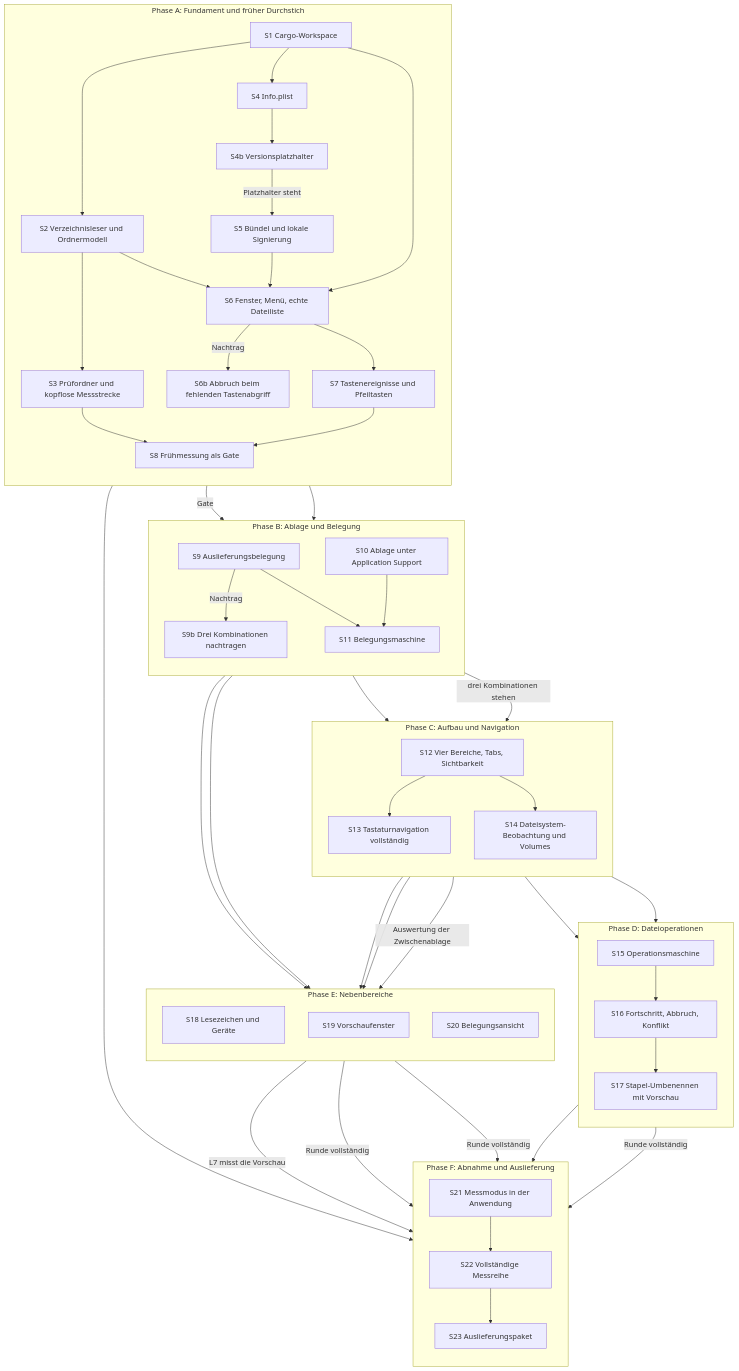
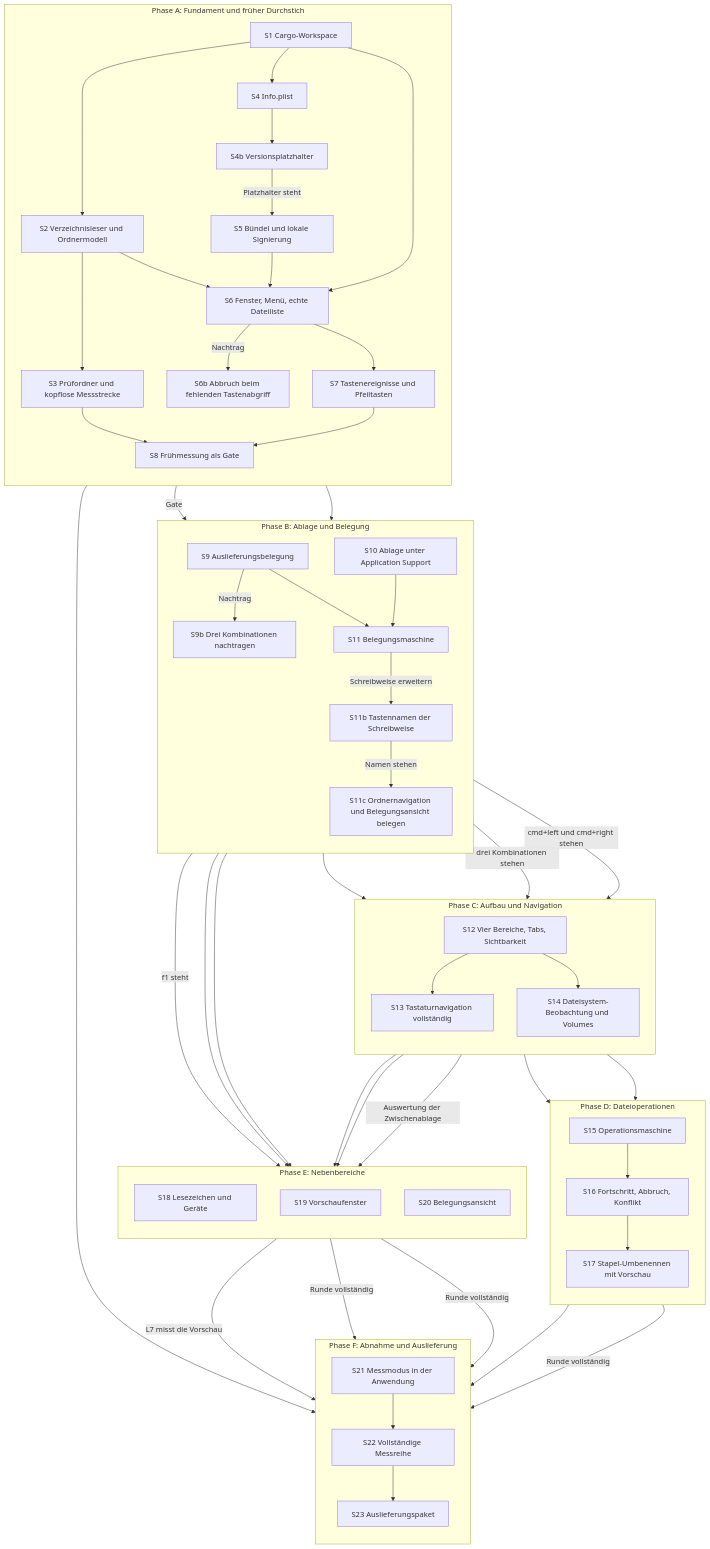
The fourth of 4 diagrams in fusion-workbench/circles/260802-0842-krk-mac-dateimanager-editor-git/planning/260802-1428_o_plan-navigator-geruest-runde-1.md (tenzoki/krk), drawn with Mermaid before and after one commit. The commit also changed other lines of this file and 6 other files, not shown here.

First line of the commit message:
docs(spec): Schreibweise lernt acht Tastennamen, Ordnernavigation neu belegt

```diff
--- a/fusion-workbench/circles/260802-0842-krk-mac-dateimanager-editor-git/planning/260802-1428_o_plan-navigator-geruest-runde-1.md
+++ b/fusion-workbench/circles/260802-0842-krk-mac-dateimanager-editor-git/planning/260802-1428_o_plan-navigator-geruest-runde-1.md
@@ -370,6 +371,8 @@
     S9B["S9b Drei Kombinationen nachtragen"]
     S10["S10 Ablage unter Application Support"]
     S11["S11 Belegungsmaschine"]
+    S11B["S11b Tastennamen der Schreibweise"]
+    S11C["S11c Ordnernavigation und Belegungsansicht belegen"]
   end
   subgraph C["Phase C: Aufbau und Navigation"]
     direction TB
@@ -414,7 +417,11 @@
   S9 --> S11
   S10 --> S11
   S11 --> S12
+  S11 -->|Schreibweise erweitern| S11B
+  S11B -->|Namen stehen| S11C
   S9B -->|drei Kombinationen stehen| S12
+  S11C -->|cmd+left und cmd+right stehen| S13
+  S11C -->|f1 steht| S20
   S12 --> S13
   S12 --> S14
   S13 --> S15
```
